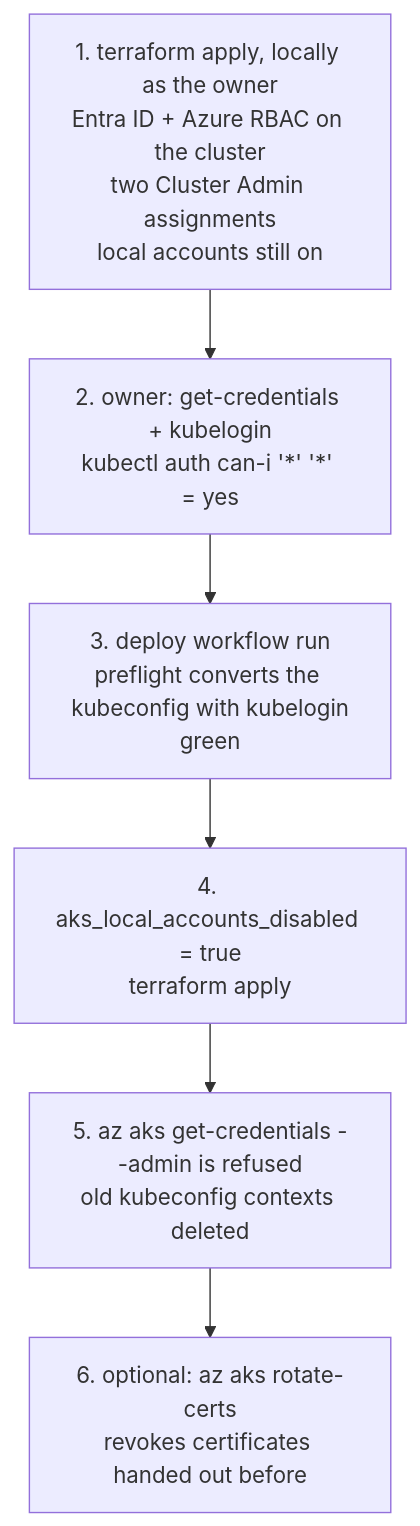
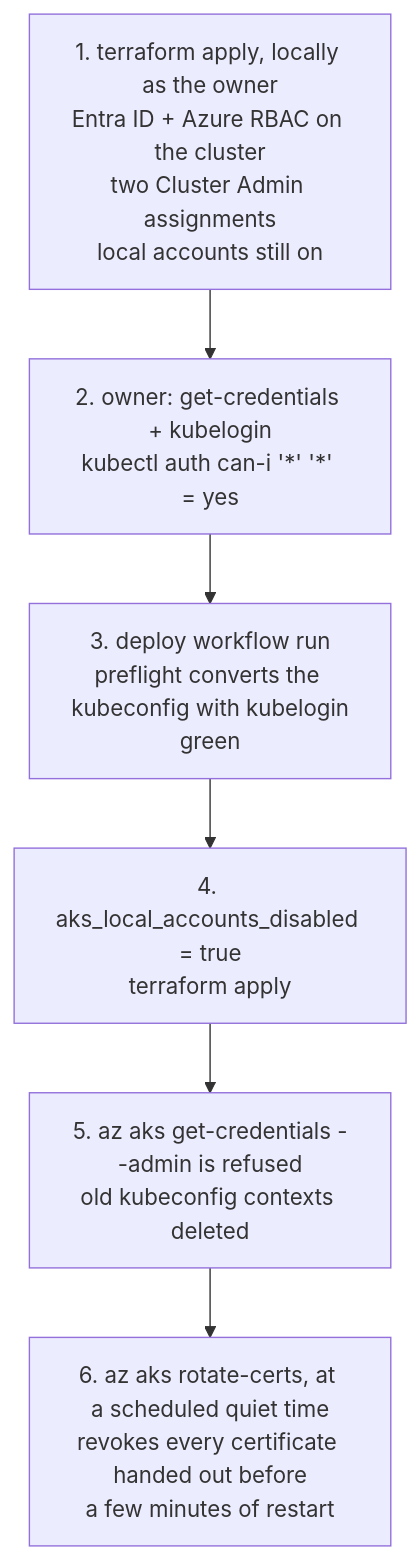
Before and after one commit to slimfarhanigithub/ontaix: the second of 2 diagrams in docs/provisioning.md, drawn with Mermaid. The commit also changed other lines of this file and 4 other files, not shown here.

````diff
--- a/docs/provisioning.md
+++ b/docs/provisioning.md
@@ -225,8 +227,8 @@
 ```mermaid
 flowchart TD
     A[1. terraform apply, locally as the owner<br/>Entra ID + Azure RBAC on the cluster<br/>two Cluster Admin assignments<br/>local accounts still on] --> B[2. owner: get-credentials + kubelogin<br/>kubectl auth can-i '*' '*' = yes]
     B --> C[3. deploy workflow run<br/>preflight converts the kubeconfig with kubelogin<br/>green]
     C --> D[4. aks_local_accounts_disabled = true<br/>terraform apply]
     D --> E[5. az aks get-credentials --admin is refused<br/>old kubeconfig contexts deleted]
-    E --> F[6. optional: az aks rotate-certs<br/>revokes certificates handed out before]
+    E --> F[6. az aks rotate-certs, at a scheduled quiet time<br/>revokes every certificate handed out before<br/>a few minutes of restart]
 ```
````
